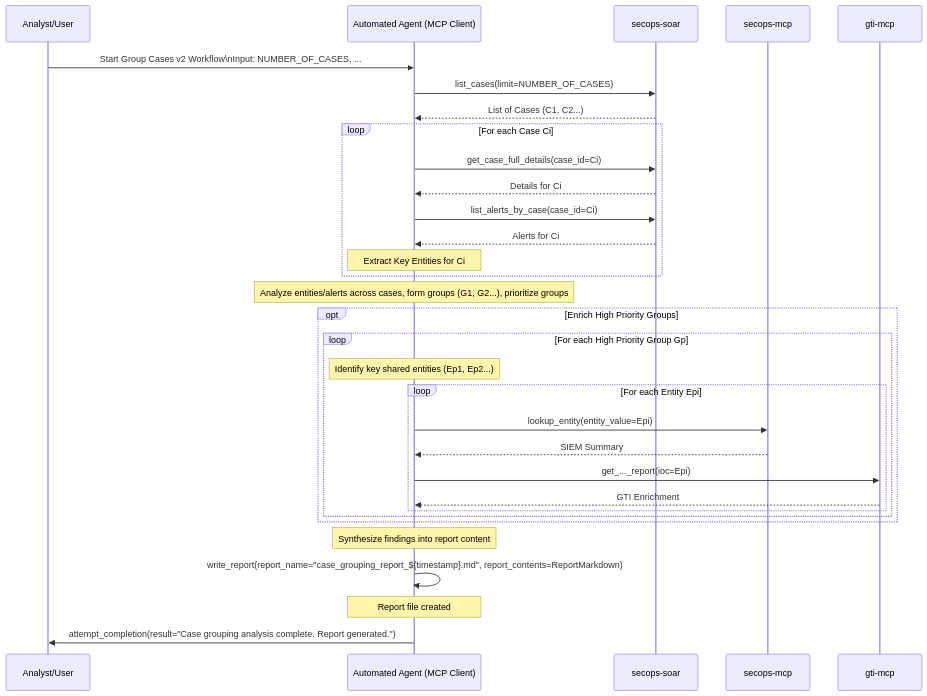
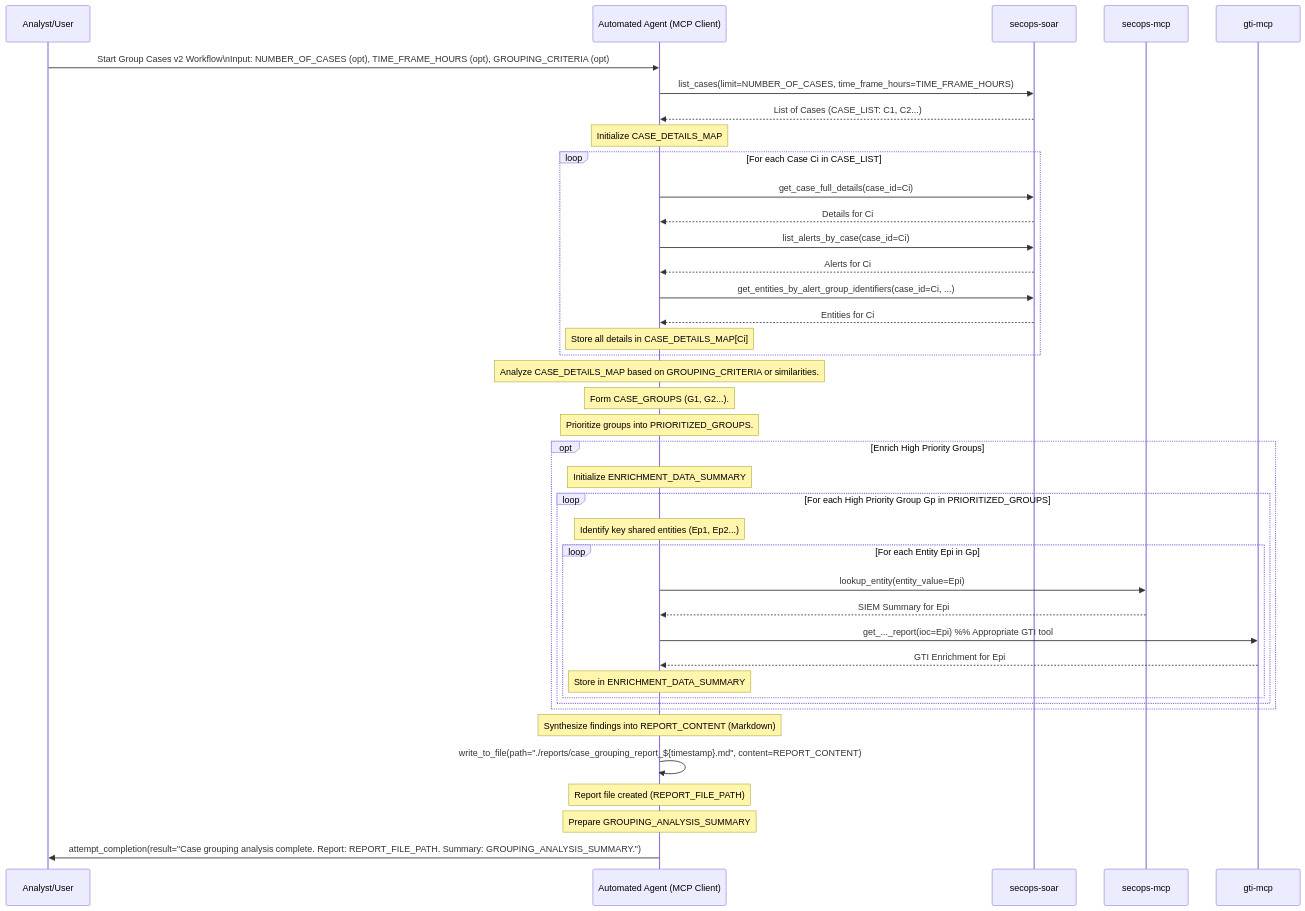
One commit to dandye/adk_runbooks changed the diagram in rules-bank/run_books/group_cases_v2.md. Above: the diagram before and after it, drawn with Mermaid. The commit also changed other lines of this file, not shown here.

````diff
--- a/rules-bank/run_books/group_cases_v2.md
+++ b/rules-bank/run_books/group_cases_v2.md
@@ -33,47 +59,55 @@
 ```{mermaid}
 sequenceDiagram
     participant Analyst/User
     participant AutomatedAgent as Automated Agent (MCP Client)
     participant SOAR as secops-soar
     participant SIEM as secops-mcp
     participant GTI as gti-mcp
 
-    Analyst/User->>AutomatedAgent: Start Group Cases v2 Workflow\nInput: NUMBER_OF_CASES, ...
+    Analyst/User->>AutomatedAgent: Start Group Cases v2 Workflow\nInput: NUMBER_OF_CASES (opt), TIME_FRAME_HOURS (opt), GROUPING_CRITERIA (opt)
 
     %% Step 1: List Cases
-    AutomatedAgent->>SOAR: list_cases(limit=NUMBER_OF_CASES)
-    SOAR-->>AutomatedAgent: List of Cases (C1, C2...)
+    AutomatedAgent->>SOAR: list_cases(limit=NUMBER_OF_CASES, time_frame_hours=TIME_FRAME_HOURS)
+    SOAR-->>AutomatedAgent: List of Cases (CASE_LIST: C1, C2...)
 
     %% Step 2: Gather Details
-    loop For each Case Ci
+    Note over AutomatedAgent: Initialize CASE_DETAILS_MAP
+    loop For each Case Ci in CASE_LIST
         AutomatedAgent->>SOAR: get_case_full_details(case_id=Ci)
         SOAR-->>AutomatedAgent: Details for Ci
         AutomatedAgent->>SOAR: list_alerts_by_case(case_id=Ci)
         SOAR-->>AutomatedAgent: Alerts for Ci
-        Note over AutomatedAgent: Extract Key Entities for Ci
+        AutomatedAgent->>SOAR: get_entities_by_alert_group_identifiers(case_id=Ci, ...)
+        SOAR-->>AutomatedAgent: Entities for Ci
+        Note over AutomatedAgent: Store all details in CASE_DETAILS_MAP[Ci]
     end
 
     %% Step 3 & 4: Group & Prioritize
-    Note over AutomatedAgent: Analyze entities/alerts across cases, form groups (G1, G2...), prioritize groups
+    Note over AutomatedAgent: Analyze CASE_DETAILS_MAP based on GROUPING_CRITERIA or similarities.
+    Note over AutomatedAgent: Form CASE_GROUPS (G1, G2...).
+    Note over AutomatedAgent: Prioritize groups into PRIORITIZED_GROUPS.
 
     %% Step 5: Enrich (Optional)
     opt Enrich High Priority Groups
-        loop For each High Priority Group Gp
+        Note over AutomatedAgent: Initialize ENRICHMENT_DATA_SUMMARY
+        loop For each High Priority Group Gp in PRIORITIZED_GROUPS
             Note over AutomatedAgent: Identify key shared entities (Ep1, Ep2...)
-            loop For each Entity Epi
+            loop For each Entity Epi in Gp
                 AutomatedAgent->>SIEM: lookup_entity(entity_value=Epi)
-                SIEM-->>AutomatedAgent: SIEM Summary
-                AutomatedAgent->>GTI: get_..._report(ioc=Epi)
-                GTI-->>AutomatedAgent: GTI Enrichment
+                SIEM-->>AutomatedAgent: SIEM Summary for Epi
+                AutomatedAgent->>GTI: get_..._report(ioc=Epi) %% Appropriate GTI tool
+                GTI-->>AutomatedAgent: GTI Enrichment for Epi
+                Note over AutomatedAgent: Store in ENRICHMENT_DATA_SUMMARY
             end
         end
     end
 
     %% Step 6: Generate Report
-    Note over AutomatedAgent: Synthesize findings into report content
-    AutomatedAgent->>AutomatedAgent: write_report(report_name="case_grouping_report_${timestamp}.md", report_contents=ReportMarkdown)
-    Note over AutomatedAgent: Report file created
+    Note over AutomatedAgent: Synthesize findings into REPORT_CONTENT (Markdown)
+    AutomatedAgent->>AutomatedAgent: write_to_file(path="./reports/case_grouping_report_${timestamp}.md", content=REPORT_CONTENT)
+    Note over AutomatedAgent: Report file created (REPORT_FILE_PATH)
+    Note over AutomatedAgent: Prepare GROUPING_ANALYSIS_SUMMARY
 
-    AutomatedAgent->>Analyst/User: attempt_completion(result="Case grouping analysis complete. Report generated.")
+    AutomatedAgent->>Analyst/User: attempt_completion(result="Case grouping analysis complete. Report: REPORT_FILE_PATH. Summary: GROUPING_ANALYSIS_SUMMARY.")
 
 ```
````
